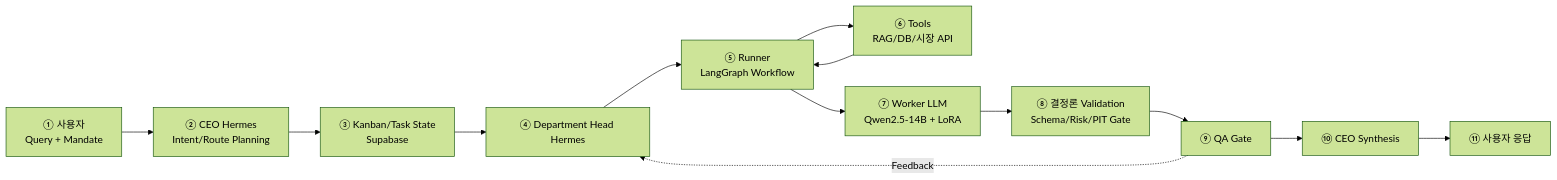
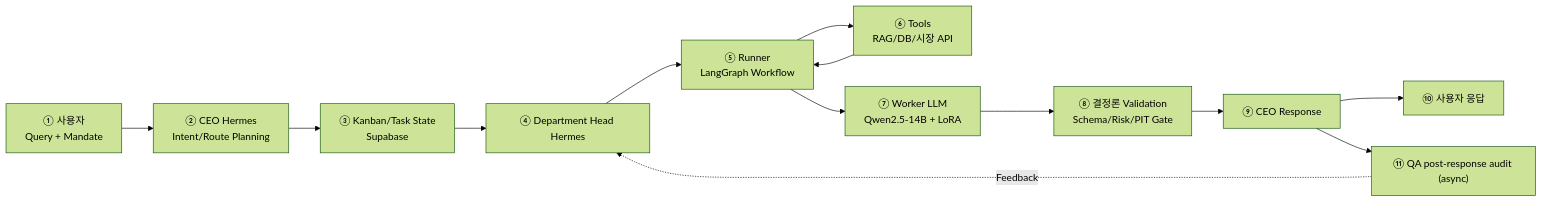
The third of 3 diagrams in docs/02-engineering/FINAL_RUNTIME_ARCHITECTURE.md (HgFinance/multi_agent), drawn with Mermaid (forest theme) before and after one commit. The commit also changed other lines of this file and 78 other files, not shown here.

Commit message:
feat: harden runtime wiring and observability flows

````diff
--- a/docs/02-engineering/FINAL_RUNTIME_ARCHITECTURE.md
+++ b/docs/02-engineering/FINAL_RUNTIME_ARCHITECTURE.md
@@ -338,15 +335,15 @@
 ```mermaid
 flowchart LR
     U["① 사용자<br/>Query + Mandate"] --> C["② CEO Hermes<br/>Intent/Route Planning"]
     C --> K["③ Kanban/Task State<br/>Supabase"]
     K --> H["④ Department Head Hermes"]
     H --> R["⑤ Runner<br/>LangGraph Workflow"]
     R --> T["⑥ Tools<br/>RAG/DB/시장 API"]
     T --> R
     R --> W["⑦ Worker LLM<br/>Qwen2.5-14B + LoRA"]
     W --> V["⑧ 결정론 Validation<br/>Schema/Risk/PIT Gate"]
-    V --> Q["⑨ QA Gate"]
-    Q --> F["⑩ CEO Synthesis"]
-    F --> O["⑪ 사용자 응답"]
+    V --> F["⑨ CEO Response"]
+    F --> O["⑩ 사용자 응답"]
+    F --> Q["⑪ QA post-response audit (async)"]
     Q -.->|Feedback| H
 ```
````
